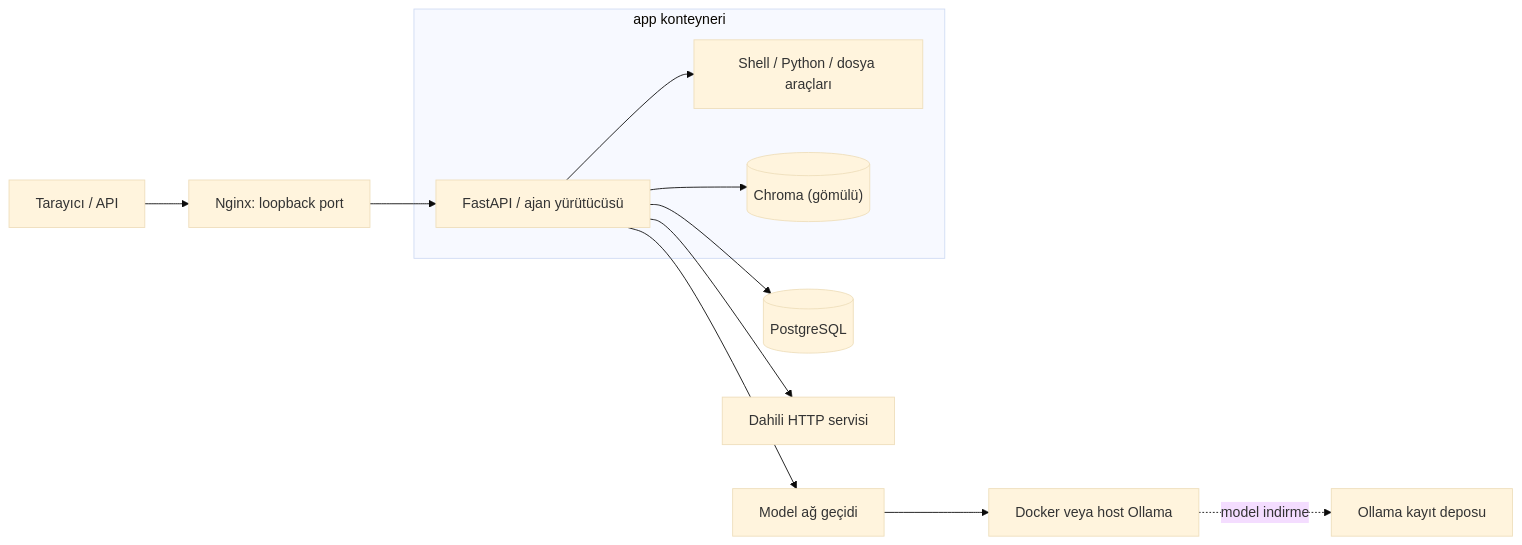
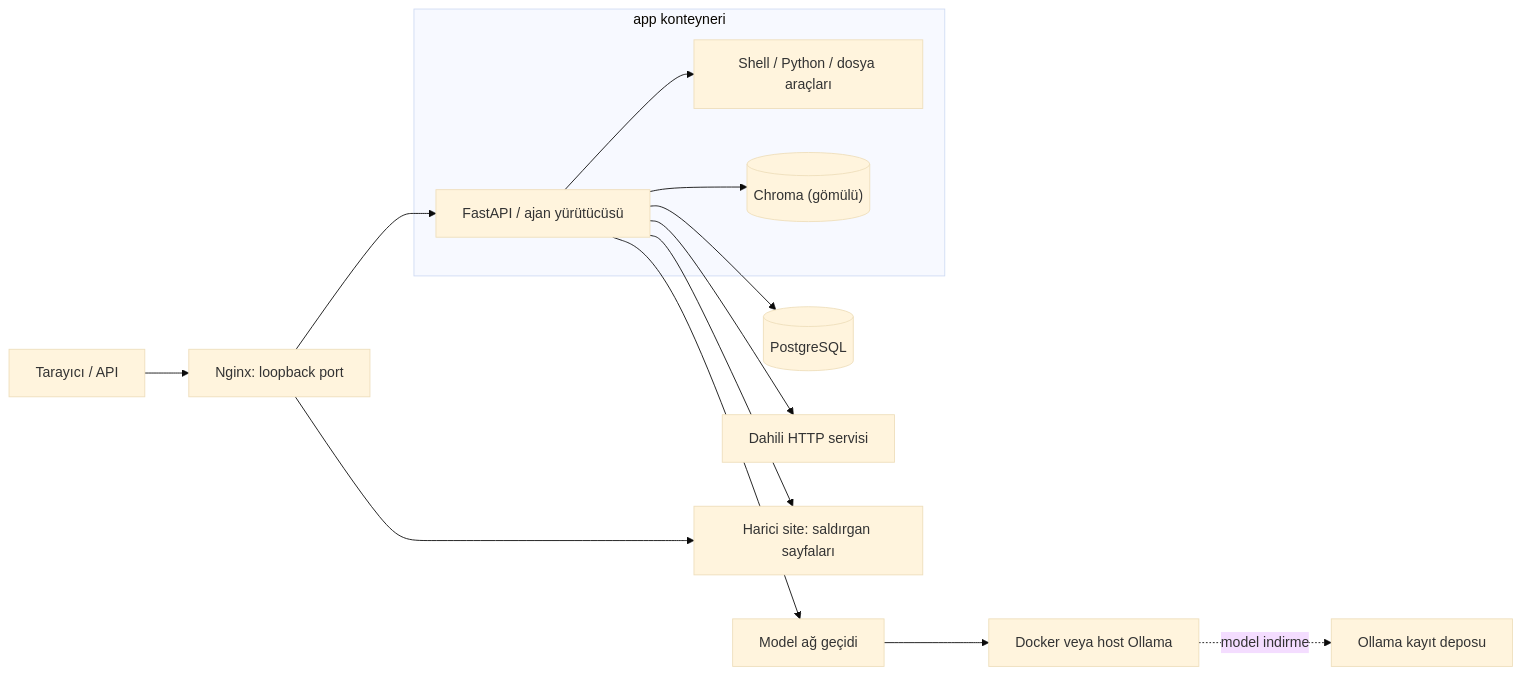
One commit to cyberdes-security/vulnlm changed the diagram in README.tr.md. Above: the diagram before and after it, drawn with Mermaid (base theme). The commit also changed other lines of this file and 26 other files, not shown here.

````diff
--- a/README.tr.md
+++ b/README.tr.md
@@ -121,17 +121,19 @@
 ```mermaid
 flowchart LR
     Client[Tarayıcı / API] --> Edge[Nginx: loopback port]
     subgraph AppContainer [app konteyneri]
         App[FastAPI / ajan yürütücüsü]
         Tools[Shell / Python / dosya araçları]
         Index[("Chroma (gömülü)")]
     end
     Edge --> App
     App --> Tools
     App --> Index
     App --> DB[(PostgreSQL)]
     App --> Internal[Dahili HTTP servisi]
+    Edge --> Site[Harici site: saldırgan sayfaları]
+    App --> Site
     App --> Gateway[Model ağ geçidi]
     Gateway --> Ollama[Docker veya host Ollama]
     Ollama -. model indirme .-> Registry[Ollama kayıt deposu]
 ```
````
